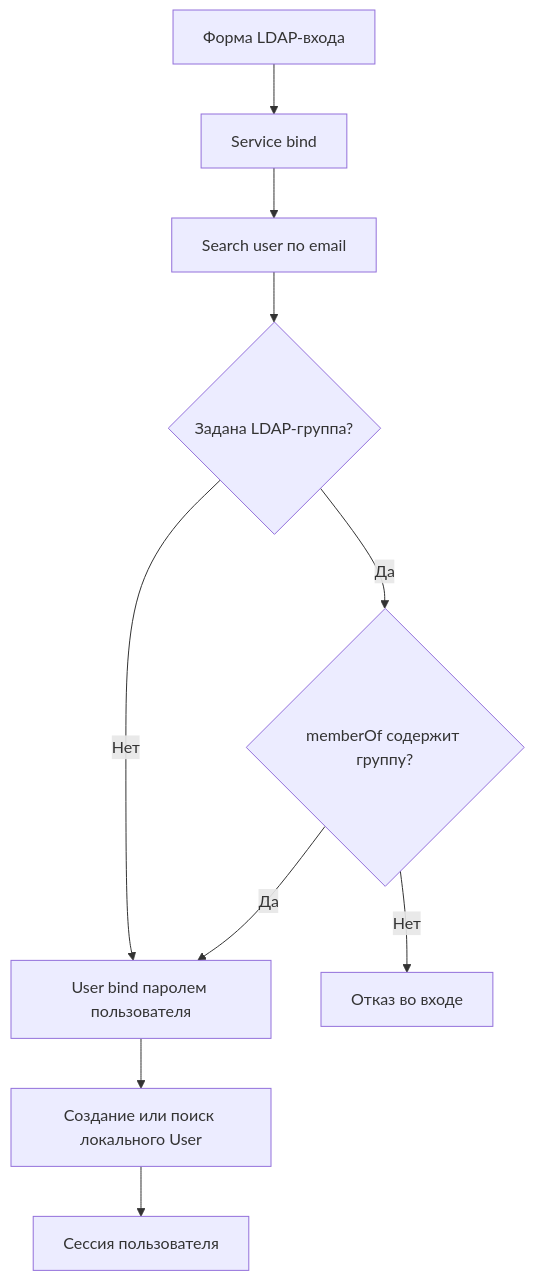
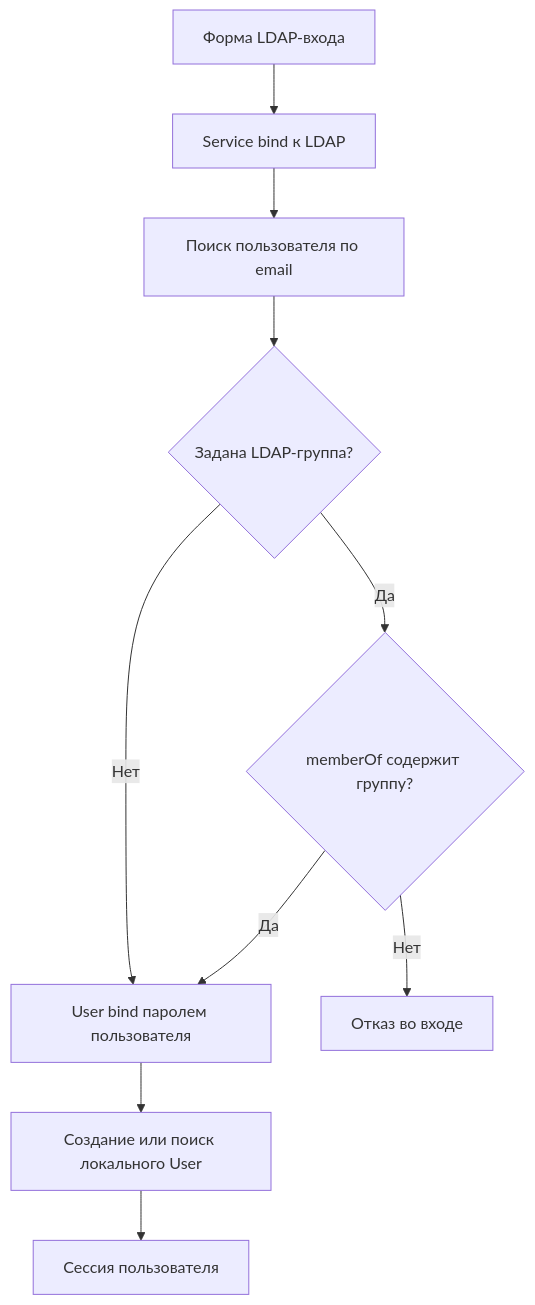
The third of 3 diagrams in docs/manual.md (xen/vchat), drawn with Mermaid before and after one commit. The commit also changed other lines of this file and 28 other files, not shown here.

````diff
--- a/docs/manual.md
+++ b/docs/manual.md
@@ -263,12 +192,12 @@
 ```mermaid
 flowchart TD
-    F[Форма LDAP-входа] --> S[Service bind]
-    S --> Q[Search user по email]
+    F[Форма LDAP-входа] --> S[Service bind к LDAP]
+    S --> Q[Поиск пользователя по email]
     Q --> G{Задана LDAP-группа?}
     G -- Нет --> B[User bind паролем пользователя]
     G -- Да --> M{memberOf содержит группу?}
     M -- Нет --> R[Отказ во входе]
     M -- Да --> B
     B --> U[Создание или поиск локального User]
     U --> OK[Сессия пользователя]
 ```
````
